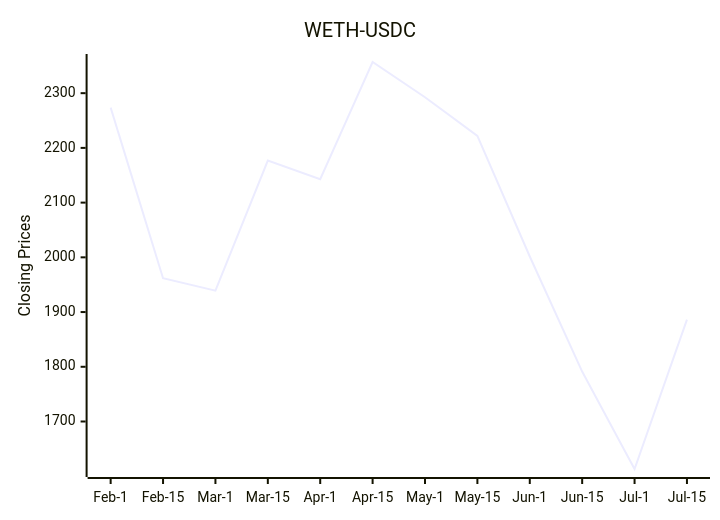
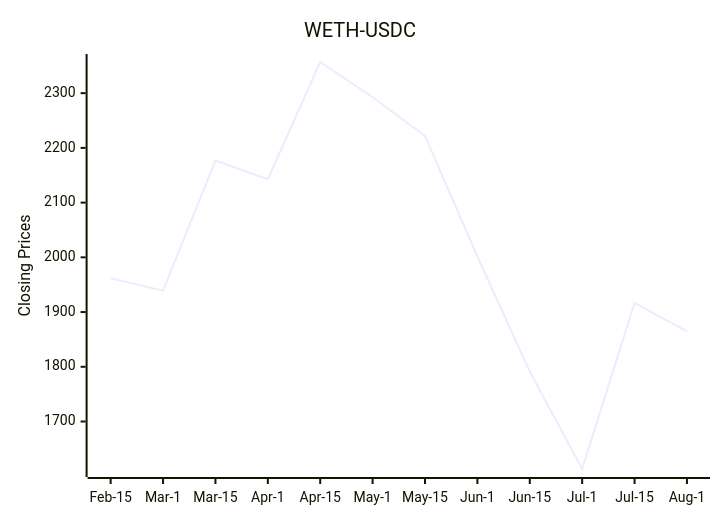
Before and after one commit to bicced/ReadmeCryptoPriceChart: the diagram in README.md, drawn with Mermaid.

Commit message:
Update README with latest DEX data

````diff
--- a/README.md
+++ b/README.md
@@ -6,7 +6,7 @@
 ```mermaid
 xychart-beta
   title "WETH-USDC"
-  x-axis [Feb-1,Feb-15,Mar-1,Mar-15,Apr-1,Apr-15,May-1,May-15,Jun-1,Jun-15,Jul-1,Jul-15]
+  x-axis [Feb-15,Mar-1,Mar-15,Apr-1,Apr-15,May-1,May-15,Jun-1,Jun-15,Jul-1,Jul-15,Aug-1]
   y-axis "Closing Prices" 1613.19126791519 --> 2356.96568036046
-  line [2273.66104115322,1961.76630440433,1939.10322356354,2176.74756246377,2142.76888865301,2356.96568036046,2292.65162475032,2221.95469456272,2001.52516545443,1791.29479125771,1613.19126791519,1886.3]
+  line [1961.76630440433,1939.10322356354,2176.74756246377,2142.76888865301,2356.96568036046,2292.65162475032,2221.95469456272,2001.52516545443,1791.29479125771,1613.19126791519,1916.83,1864.85]
 ```
````
